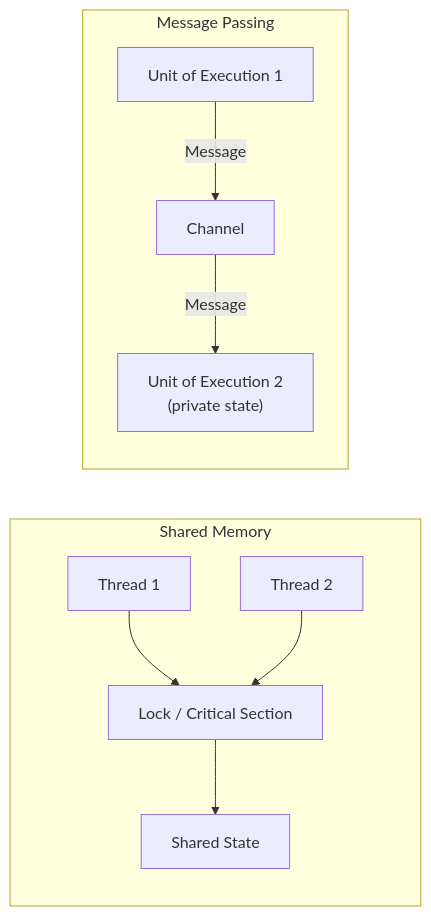
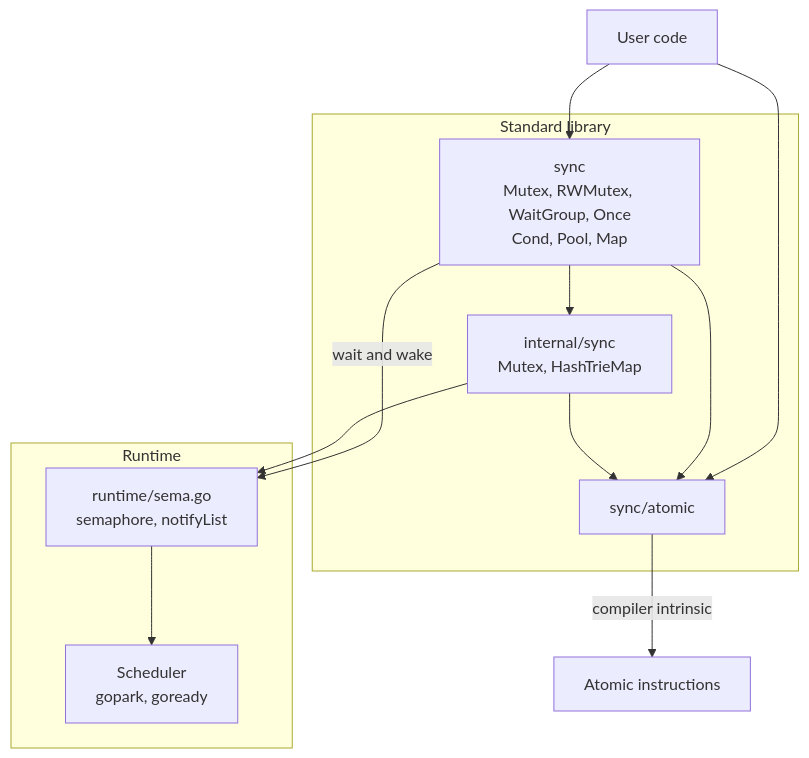
The diagram in book/en-us/part3concurrency/ch11sync/basic.md (golang-design/under-the-hood), drawn with Mermaid before and after one commit. The commit also changed other lines of this file and 30 other files, not shown here.

````diff
--- a/book/en-us/part3concurrency/ch11sync/basic.md
+++ b/book/en-us/part3concurrency/ch11sync/basic.md
@@ -42,14 +354,23 @@
 ```mermaid
-flowchart LR
-    subgraph SM["Shared Memory"]
-        direction TB
-        T1["Thread 1"] --> L["Lock / Critical Section"]
-        T2["Thread 2"] --> L
-        L --> S["Shared State"]
+flowchart TB
+    APP["User code"]
+    subgraph STD["Standard library"]
+        SYNC["sync<br/>Mutex, RWMutex, WaitGroup, Once<br/>Cond, Pool, Map"]
+        ISYNC["internal/sync<br/>Mutex, HashTrieMap"]
+        ATOM["sync/atomic"]
     end
-    subgraph MP["Message Passing"]
-        direction TB
-        A1["Unit of Execution 1"] -->|"Message"| CH["Channel"]
-        CH -->|"Message"| A2["Unit of Execution 2<br/>(private state)"]
+    subgraph RT["Runtime"]
+        SEMA["runtime/sema.go<br/>semaphore, notifyList"]
+        SCHED["Scheduler<br/>gopark, goready"]
     end
+    HW["Atomic instructions"]
+    APP --> SYNC
+    APP --> ATOM
+    SYNC --> ISYNC
+    SYNC --> ATOM
+    ISYNC --> ATOM
+    SYNC -->|"wait and wake"| SEMA
+    ISYNC --> SEMA
+    SEMA --> SCHED
+    ATOM -->|"compiler intrinsic"| HW
 ```
````
